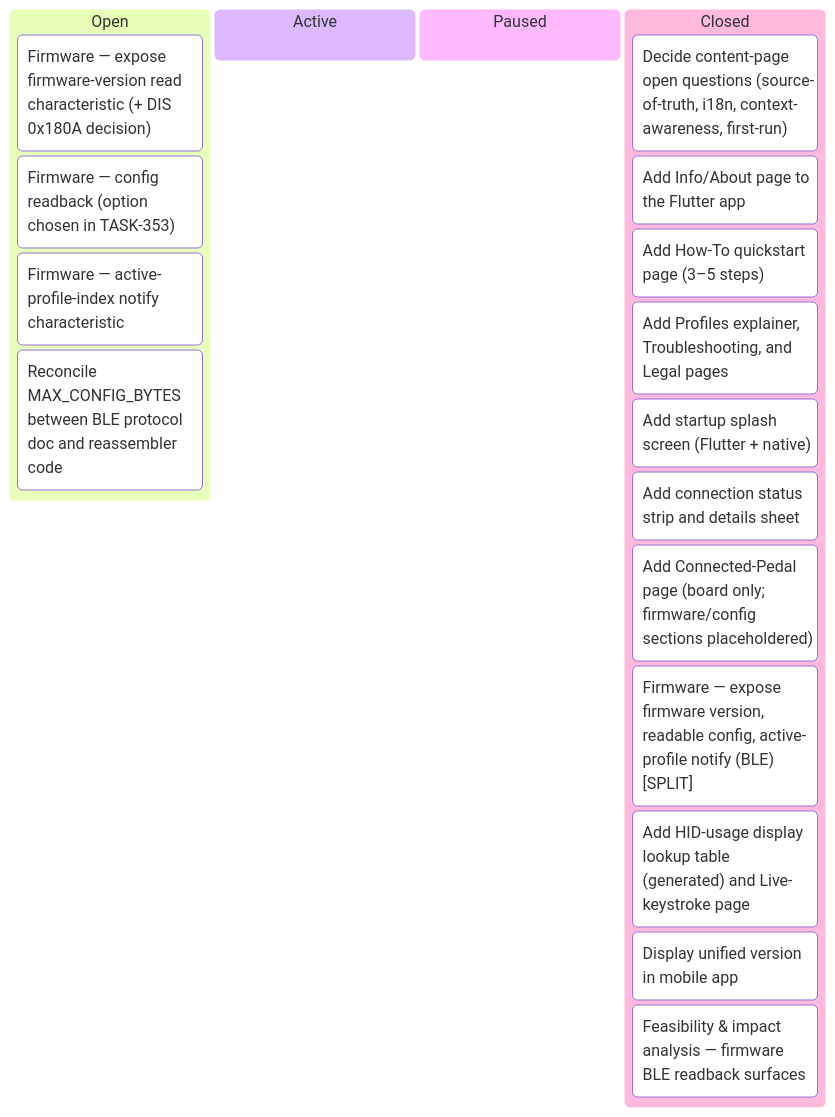
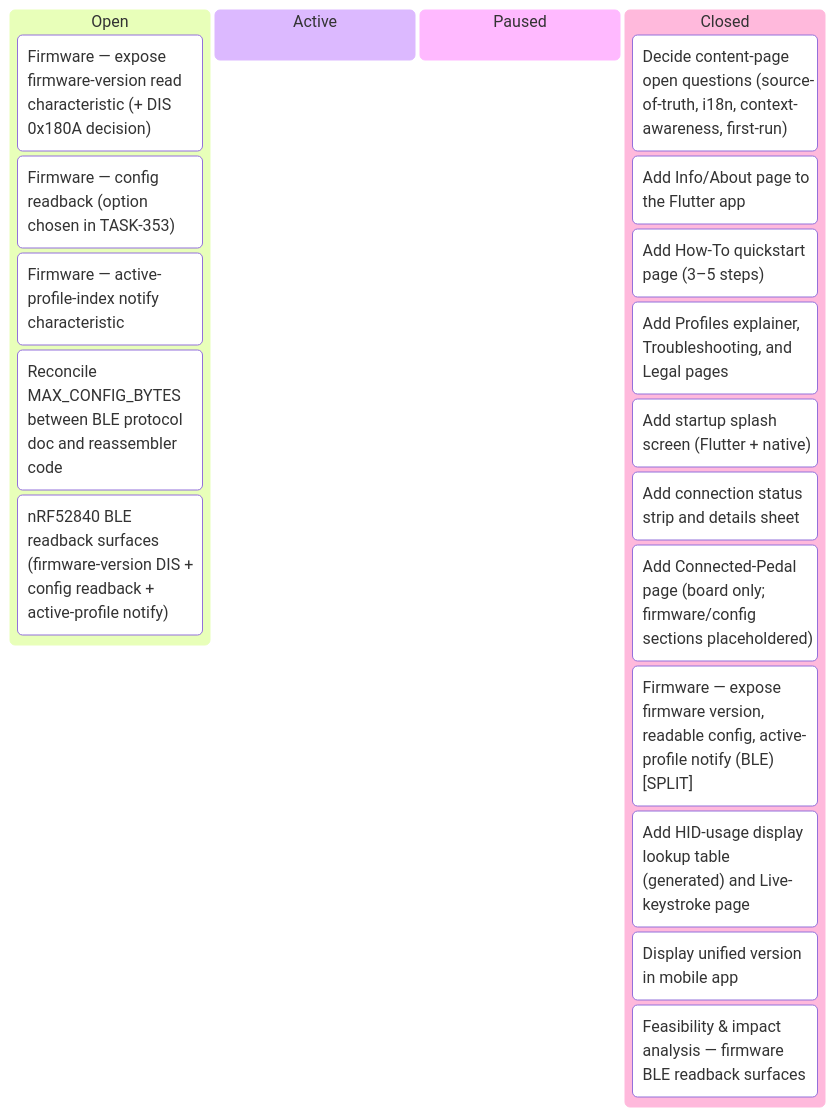
Before and after one commit to tgd1975/AwesomeStudioPedal: the first of 7 diagrams in docs/developers/tasks/KANBAN.md, drawn with Mermaid. The commit also changed other lines of this file and 6 other files, not shown here.

````diff
--- a/docs/developers/tasks/KANBAN.md
+++ b/docs/developers/tasks/KANBAN.md
@@ -11,22 +11,23 @@
 ```mermaid
 kanban
   Open
     TASK_354["Firmware — expose firmware-version read characteristic (+ DIS 0x180A decision)"]
     TASK_355["Firmware — config readback (option chosen in TASK-353)"]
     TASK_356["Firmware — active-profile-index notify characteristic"]
     TASK_357["Reconcile MAX_CONFIG_BYTES between BLE protocol doc and reassembler code"]
+    TASK_358["nRF52840 BLE readback surfaces (firmware-version DIS + config readback + active-profile notify)"]
   Active
   Paused
   Closed
     TASK_330["Decide content-page open questions (source-of-truth, i18n, context-awareness, first-run)"]
     TASK_331["Add Info/About page to the Flutter app"]
     TASK_332["Add How-To quickstart page (3–5 steps)"]
     TASK_333["Add Profiles explainer, Troubleshooting, and Legal pages"]
     TASK_334["Add startup splash screen (Flutter + native)"]
     TASK_335["Add connection status strip and details sheet"]
     TASK_336["Add Connected-Pedal page (board only; firmware/config sections placeholdered)"]
     TASK_337["Firmware — expose firmware version, readable config, active-profile notify (BLE) [SPLIT]"]
     TASK_338["Add HID-usage display lookup table (generated) and Live-keystroke page"]
     TASK_349["Display unified version in mobile app"]
     TASK_353["Feasibility & impact analysis — firmware BLE readback surfaces"]
 ```
````
